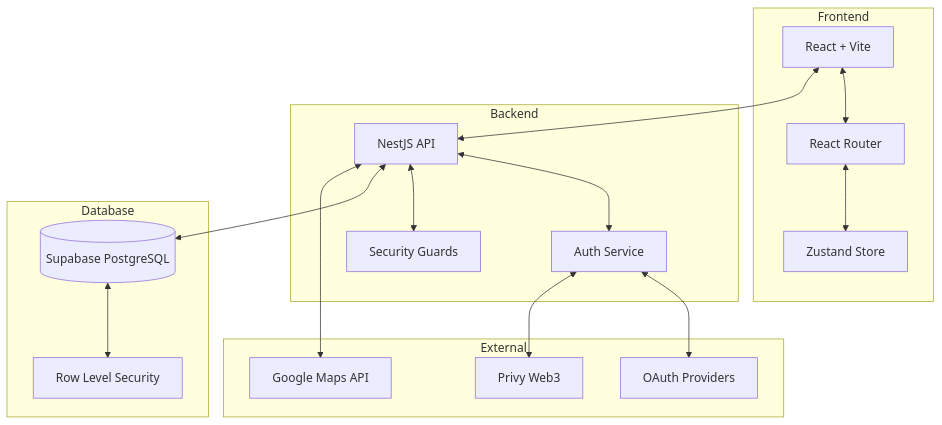
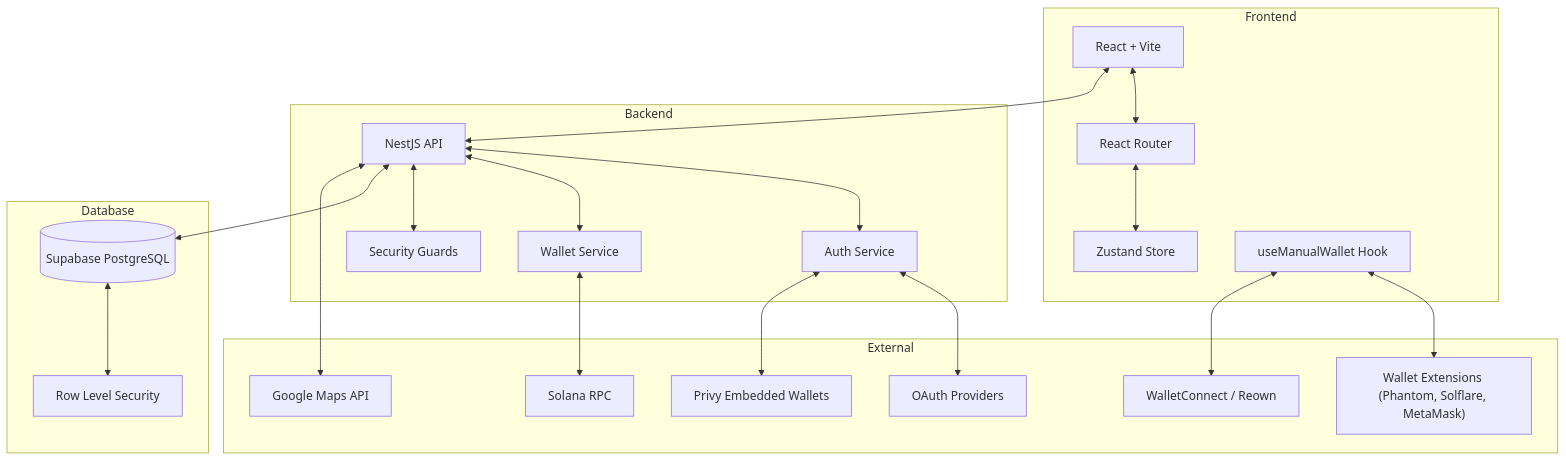
One commit to slzyoung/SeniQu changed the first of 3 diagrams in doc/01-Architecture.md. Above: the diagram before and after it, drawn with Mermaid. The commit also changed other lines of this file and 55 other files, not shown here.

````diff
--- a/doc/01-Architecture.md
+++ b/doc/01-Architecture.md
@@ -9,36 +9,45 @@
 ```mermaid
 graph TD
     subgraph Frontend
         Client[React + Vite]
         Router[React Router]
         Store[Zustand Store]
+        WalletHook[useManualWallet Hook]
     end
     
     subgraph Backend
         API[NestJS API]
         Auth[Auth Service]
+        WalletSvc[Wallet Service]
         Guards[Security Guards]
     end
     
     subgraph Database
         Supabase[(Supabase PostgreSQL)]
         RLS[Row Level Security]
     end
     
     subgraph External
         OAuth[OAuth Providers]
-        Web3[Privy Web3]
+        Privy[Privy Embedded Wallets]
+        WalletExt["Wallet Extensions (Phantom, Solflare, MetaMask)"]
+        WC[WalletConnect / Reown]
+        Solana[Solana RPC]
         Maps[Google Maps API]
     end
     
     Client <--> Router
     Router <--> Store
     Client <--> API
+    WalletHook <--> WalletExt
+    WalletHook <--> WC
     API <--> Auth
+    API <--> WalletSvc
     API <--> Guards
     API <--> Supabase
     Supabase <--> RLS
     Auth <--> OAuth
-    Auth <--> Web3
+    Auth <--> Privy
+    WalletSvc <--> Solana
     API <--> Maps
 ```
````
